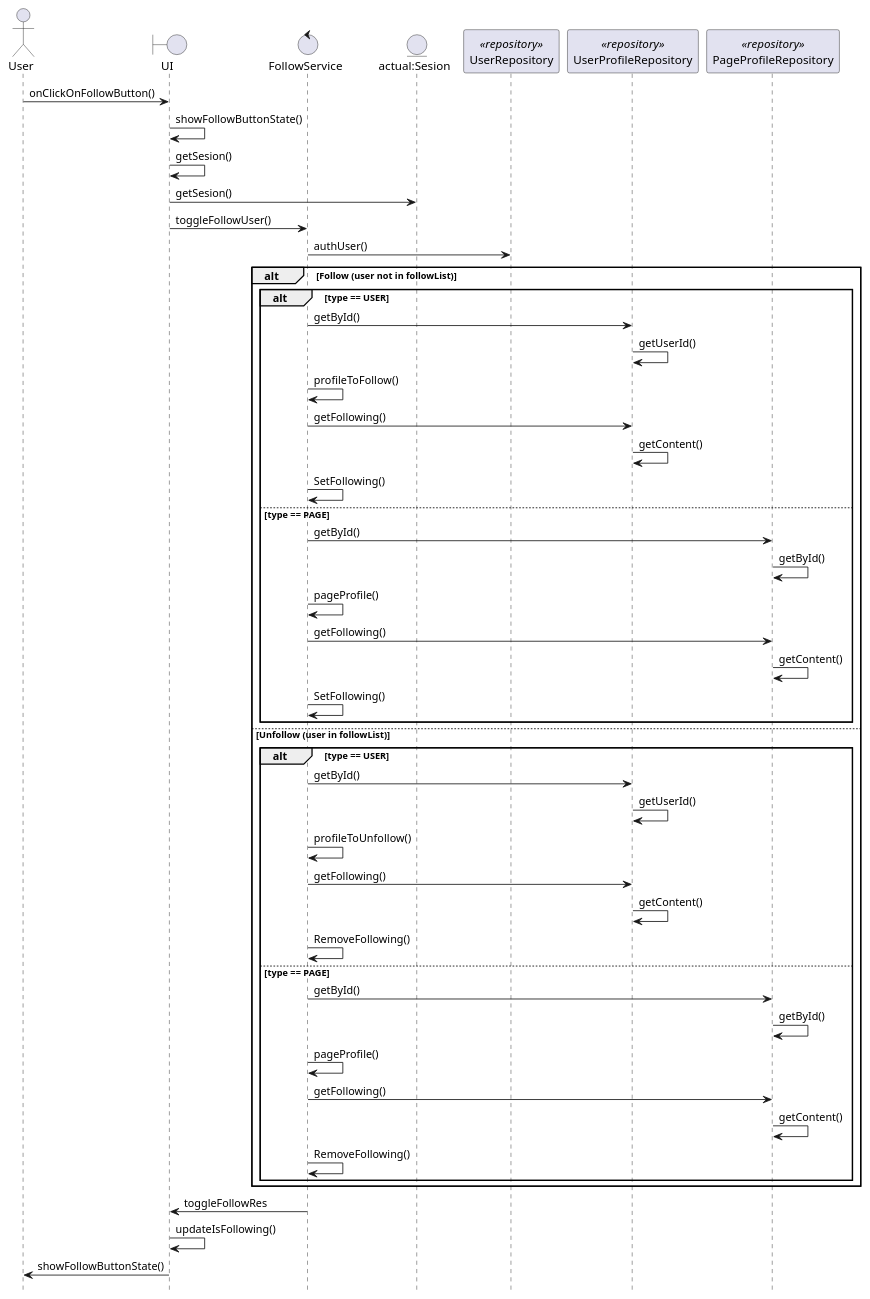
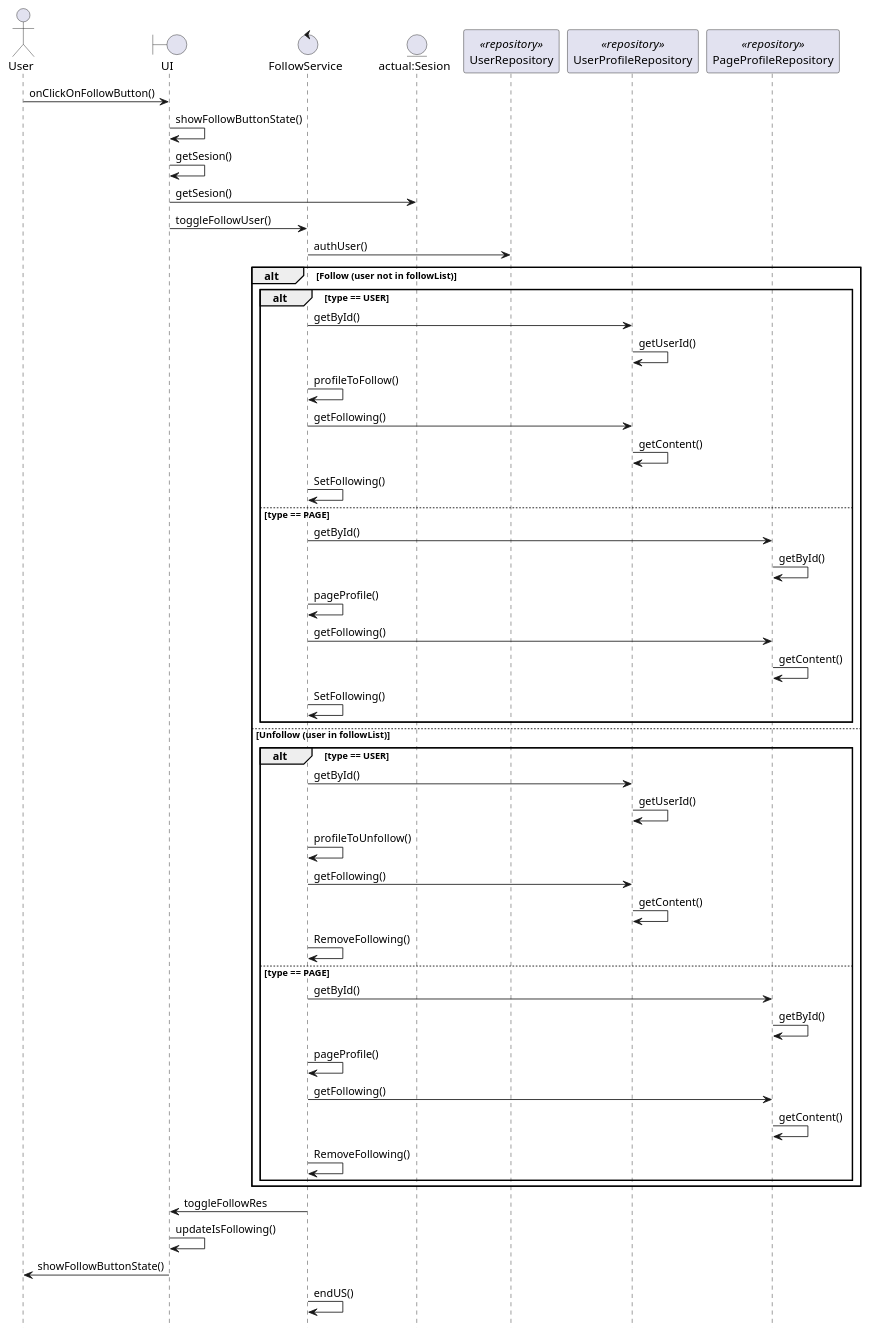
One commit to 2piradrian/seminario-docs changed the diagram in Follow-user-sequence.puml. Above: the diagram before and after it, drawn with PlantUML. The commit also changed 3 other files, not shown here.

Commit message:
Fix show names in sequences

```diff
--- a/Follow-user-sequence.puml
+++ b/Follow-user-sequence.puml
@@ -1,55 +1,56 @@
 @startuml
 actor User
 boundary "UI" as UI
 control "FollowService" as FS
 entity "actual:Sesion" as S
 participant "UserRepository" as UR <<repository>>
 participant "UserProfileRepository" as UPR <<repository>>
 participant "PageProfileRepository" as PPR <<repository>>
 
 User -> UI: onClickOnFollowButton()
 UI -> UI: showFollowButtonState()
 UI -> UI: getSesion() 
 UI -> S: getSesion()
 UI -> FS: toggleFollowUser()
 FS -> UR: authUser()
 alt Follow (user not in followList)
     alt type == USER
         FS -> UPR: getById()
         UPR -> UPR: getUserId()
         FS -> FS: profileToFollow()
         FS -> UPR: getFollowing()
         UPR -> UPR: getContent()
         FS -> FS: SetFollowing()
     else type == PAGE
         FS -> PPR: getById()
         PPR -> PPR: getById()
         FS -> FS: pageProfile()
         FS -> PPR: getFollowing()
         PPR -> PPR: getContent()
         FS -> FS: SetFollowing()
     end
 else Unfollow (user in followList)
     alt type == USER
         FS -> UPR: getById()
         UPR -> UPR: getUserId()
         FS -> FS: profileToUnfollow()
         FS -> UPR: getFollowing()
         UPR -> UPR: getContent()
         FS -> FS: RemoveFollowing()
     else type == PAGE
         FS -> PPR: getById()
         PPR -> PPR: getById()
         FS -> FS: pageProfile()
         FS -> PPR: getFollowing()
         PPR -> PPR: getContent()
         FS -> FS: RemoveFollowing()
         end
 end
 
 FS -> UI: toggleFollowRes
 UI -> UI: updateIsFollowing()
 UI -> User: showFollowButtonState()
+FS -> FS: endUS()
 
 hide footbox
 @enduml
```
